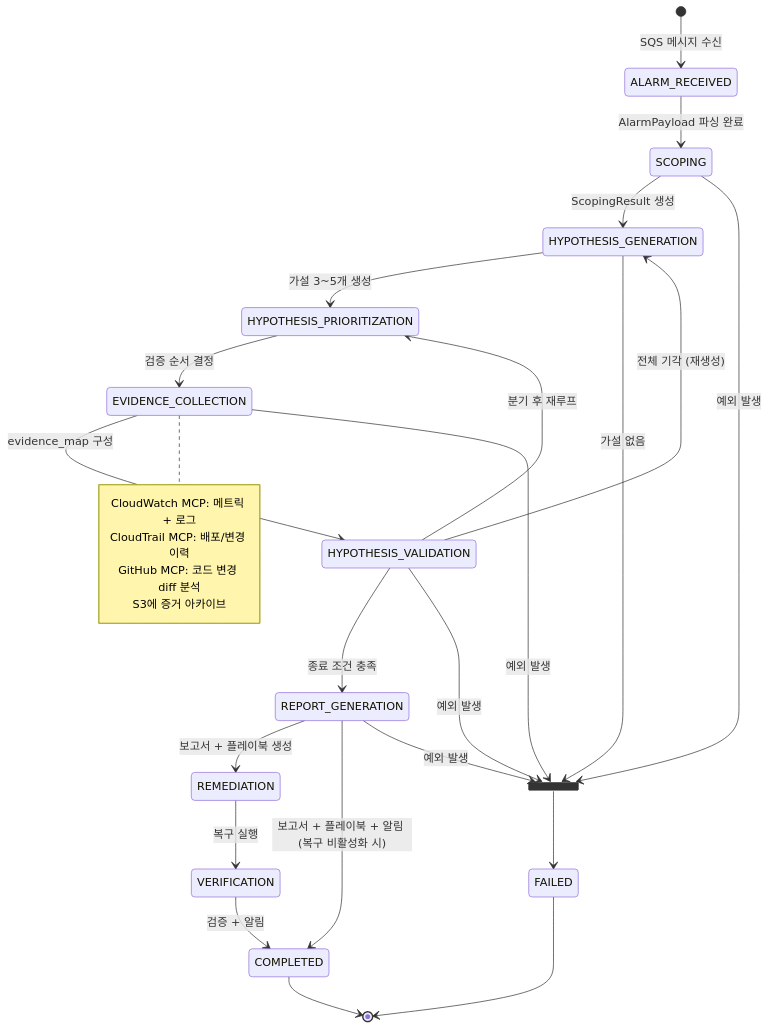
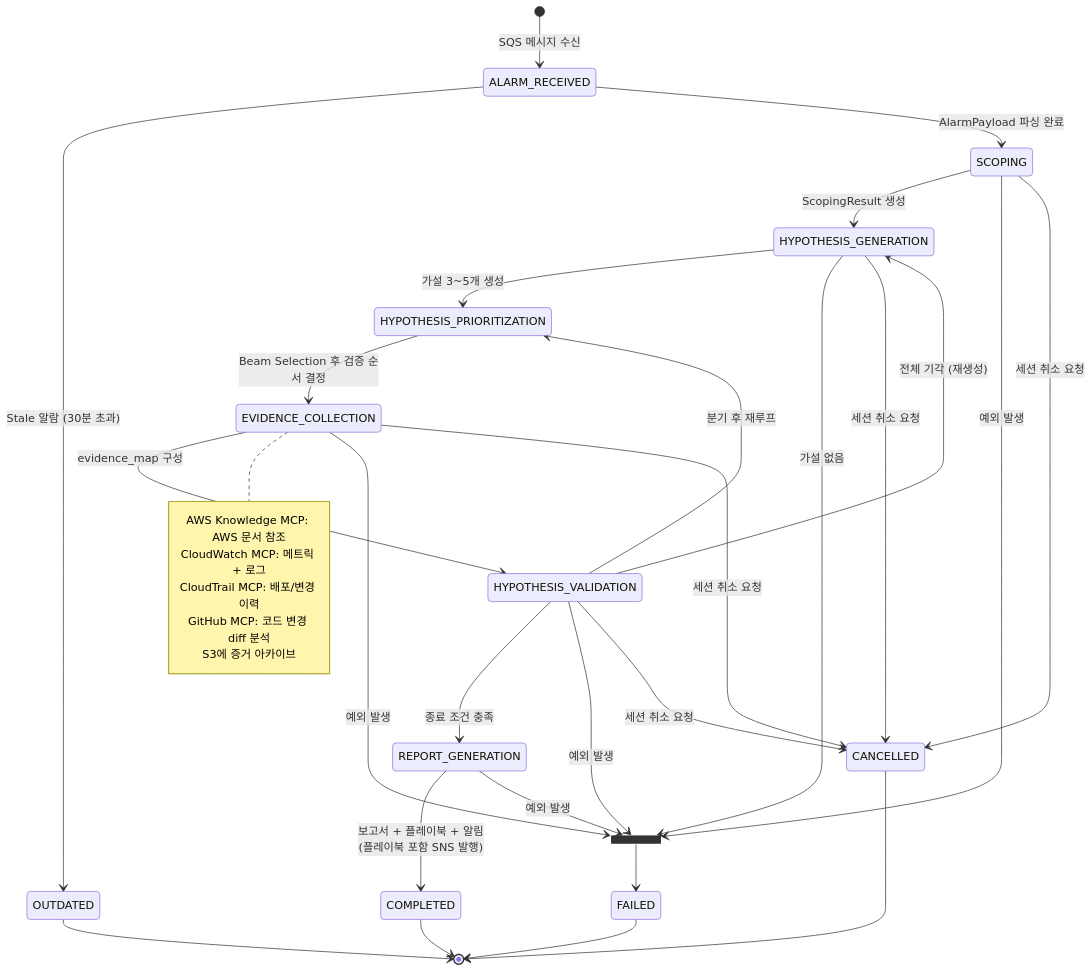
One commit to haandol/rca-agent changed the third of 7 diagrams in docs/architecture-and-demo-flow.md. Above: the diagram before and after it, drawn with Mermaid. The commit also changed other lines of this file and 12 other files, not shown here.

````diff
--- a/docs/architecture-and-demo-flow.md
+++ b/docs/architecture-and-demo-flow.md
@@ -184,41 +179,46 @@
 ```mermaid
 stateDiagram-v2
     [*] --> ALARM_RECEIVED: SQS 메시지 수신
 
+    ALARM_RECEIVED --> OUTDATED: Stale 알람 (30분 초과)
     ALARM_RECEIVED --> SCOPING: AlarmPayload 파싱 완료
 
     SCOPING --> HYPOTHESIS_GENERATION: ScopingResult 생성
 
     HYPOTHESIS_GENERATION --> HYPOTHESIS_PRIORITIZATION: 가설 3~5개 생성
 
-    HYPOTHESIS_PRIORITIZATION --> EVIDENCE_COLLECTION: 검증 순서 결정
+    HYPOTHESIS_PRIORITIZATION --> EVIDENCE_COLLECTION: Beam Selection 후 검증 순서 결정
 
     EVIDENCE_COLLECTION --> HYPOTHESIS_VALIDATION: evidence_map 구성
     note right of EVIDENCE_COLLECTION
+        AWS Knowledge MCP: AWS 문서 참조
         CloudWatch MCP: 메트릭 + 로그
         CloudTrail MCP: 배포/변경 이력
         GitHub MCP: 코드 변경 diff 분석
         S3에 증거 아카이브
     end note
 
     HYPOTHESIS_VALIDATION --> REPORT_GENERATION: 종료 조건 충족
     HYPOTHESIS_VALIDATION --> HYPOTHESIS_PRIORITIZATION: 분기 후 재루프
     HYPOTHESIS_VALIDATION --> HYPOTHESIS_GENERATION: 전체 기각 (재생성)
 
-    REPORT_GENERATION --> REMEDIATION: 보고서 + 플레이북 생성
-    REMEDIATION --> VERIFICATION: 복구 실행
-    VERIFICATION --> COMPLETED: 검증 + 알림
-
-    REPORT_GENERATION --> COMPLETED: 보고서 + 플레이북 + 알림 (복구 비활성화 시)
+    REPORT_GENERATION --> COMPLETED: 보고서 + 플레이북 + 알림<br/>(플레이북 포함 SNS 발행)
 
     state FAILED_STATE <<join>>
     SCOPING --> FAILED_STATE: 예외 발생
     HYPOTHESIS_GENERATION --> FAILED_STATE: 가설 없음
     EVIDENCE_COLLECTION --> FAILED_STATE: 예외 발생
     HYPOTHESIS_VALIDATION --> FAILED_STATE: 예외 발생
     REPORT_GENERATION --> FAILED_STATE: 예외 발생
     FAILED_STATE --> FAILED
 
+    SCOPING --> CANCELLED: 세션 취소 요청
+    HYPOTHESIS_GENERATION --> CANCELLED: 세션 취소 요청
+    EVIDENCE_COLLECTION --> CANCELLED: 세션 취소 요청
+    HYPOTHESIS_VALIDATION --> CANCELLED: 세션 취소 요청
+
     COMPLETED --> [*]
     FAILED --> [*]
+    OUTDATED --> [*]
+    CANCELLED --> [*]
 ```
````
